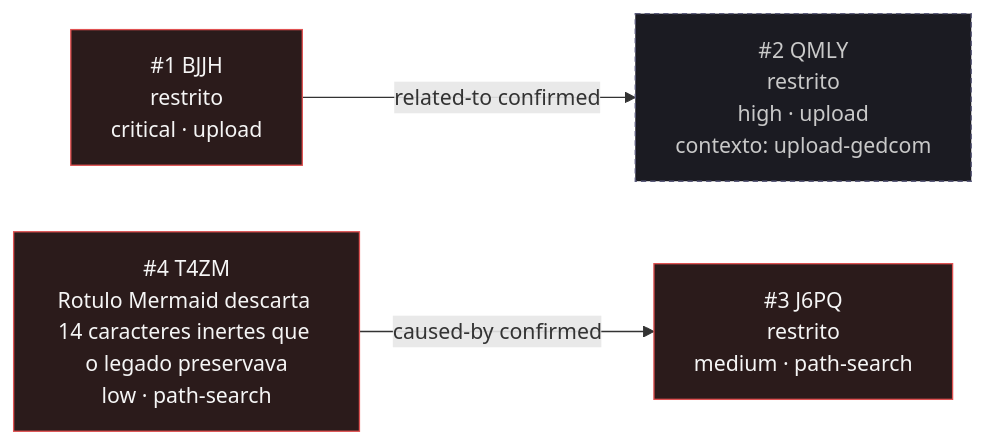
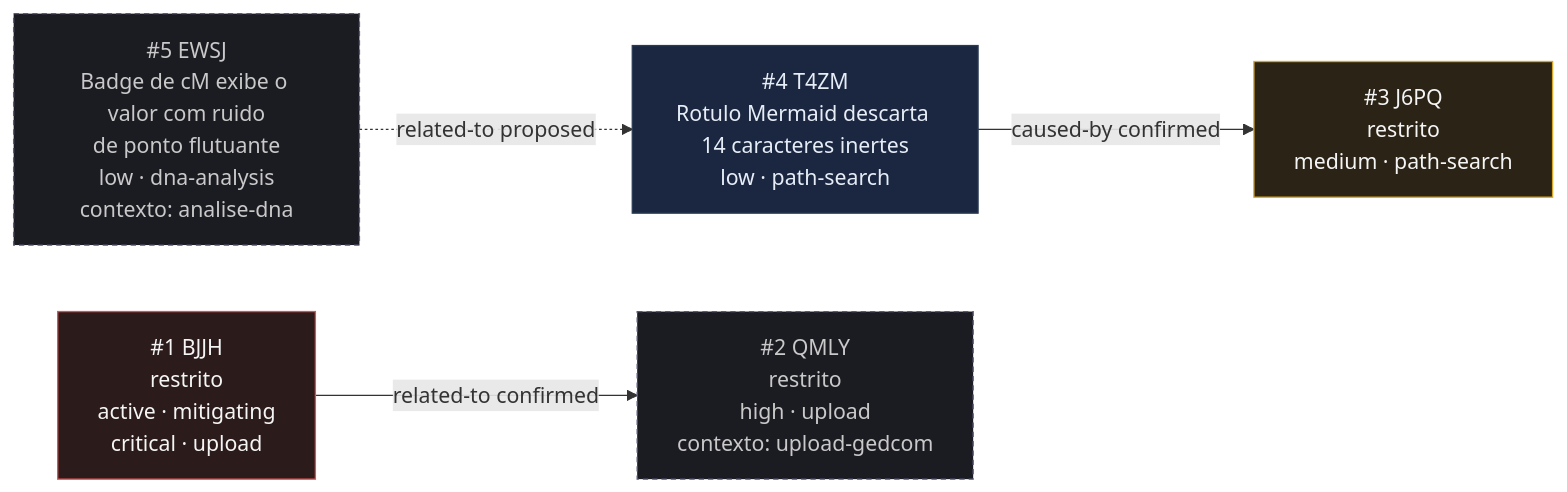
The diagram in _reversa_bugs/busca-caminho/generated/graph.md (Adriano1976/reversa-analisador-genealogico), drawn with Mermaid before and after one commit. The commit also changed other lines of this file and 42 other files, not shown here.

````diff
--- a/_reversa_bugs/busca-caminho/generated/graph.md
+++ b/_reversa_bugs/busca-caminho/generated/graph.md
@@ -5,13 +5,16 @@
 ```mermaid
 graph LR
-  BUG-20260929-BJJH["#1 BJJH<br/>restrito<br/>critical · upload"]
-  style BUG-20260929-BJJH fill:#2b1b1b,stroke:#e05252,color:#f5f5f5
-  BUG-20260929-J6PQ["#3 J6PQ<br/>restrito<br/>medium · path-search"]
-  style BUG-20260929-J6PQ fill:#2b1b1b,stroke:#e05252,color:#f5f5f5
-  BUG-20261002-T4ZM["#4 T4ZM<br/>Rotulo Mermaid descarta 14 caracteres inertes que o legado preservava<br/>low · path-search"]
-  style BUG-20261002-T4ZM fill:#2b1b1b,stroke:#e05252,color:#f5f5f5
-  BUG-20260929-QMLY["#2 QMLY<br/>restrito<br/>high · upload<br/>contexto: upload-gedcom"]
-  style BUG-20260929-QMLY fill:#1b1b22,stroke:#5a5a7a,color:#c9c9c9,stroke-dasharray:4 3
-  BUG-20260929-BJJH -->|related-to confirmed| BUG-20260929-QMLY
-  BUG-20261002-T4ZM -->|caused-by confirmed| BUG-20260929-J6PQ
+  BJJH["#1 BJJH<br/>restrito<br/>active · mitigating<br/>critical · upload"]
+  style BJJH fill:#2b1b1b,stroke:#e05252,color:#f5f5f5
+  J6PQ["#3 J6PQ<br/>restrito<br/>medium · path-search"]
+  style J6PQ fill:#2b2416,stroke:#d8a72a,color:#f5f5f5
+  T4ZM["#4 T4ZM<br/>Rotulo Mermaid descarta 14 caracteres inertes<br/>low · path-search"]
+  style T4ZM fill:#1b2740,stroke:#2a3a55,color:#e6edf7
+  QMLY["#2 QMLY<br/>restrito<br/>high · upload<br/>contexto: upload-gedcom"]
+  style QMLY fill:#1b1b22,stroke:#5a5a7a,color:#c9c9c9,stroke-dasharray:4 3
+  EWSJ["#5 EWSJ<br/>Badge de cM exibe o valor com ruido<br/>de ponto flutuante<br/>low · dna-analysis<br/>contexto: analise-dna"]
+  style EWSJ fill:#1b1b22,stroke:#5a5a7a,color:#c9c9c9,stroke-dasharray:4 3
+  BJJH -->|related-to confirmed| QMLY
+  T4ZM -->|caused-by confirmed| J6PQ
+  EWSJ -.->|related-to proposed| T4ZM
 ```
````
